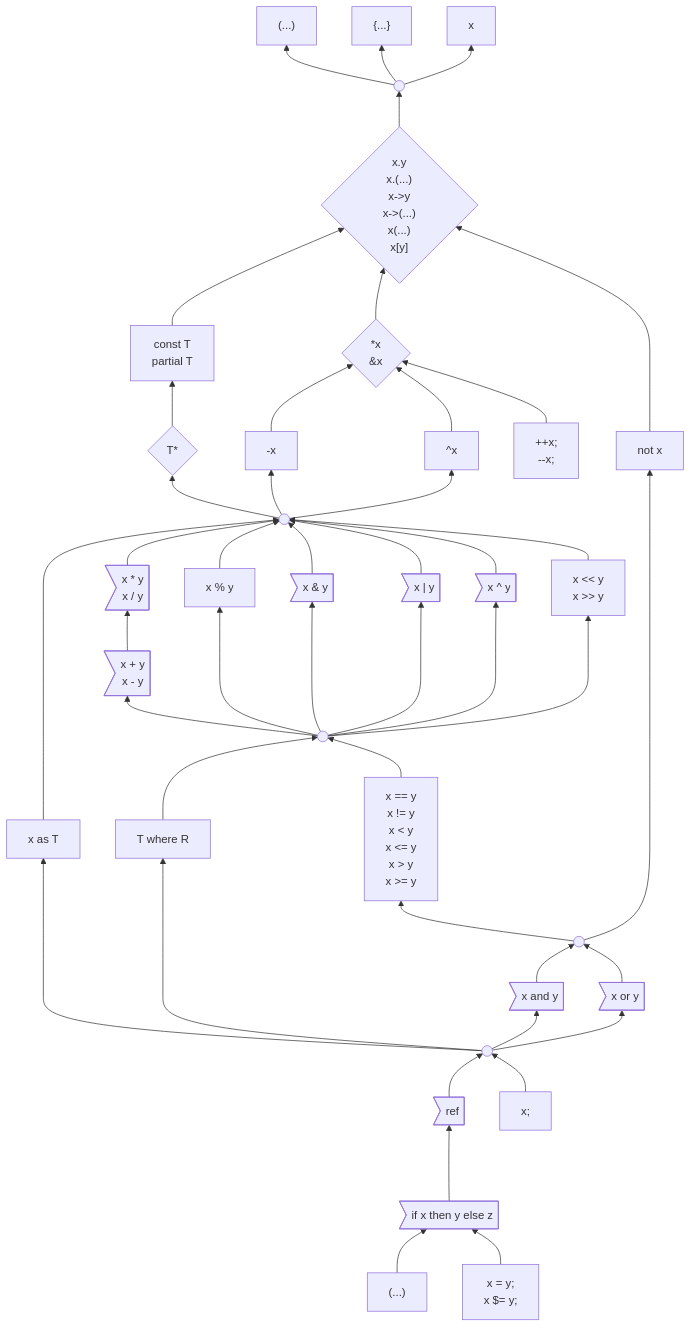
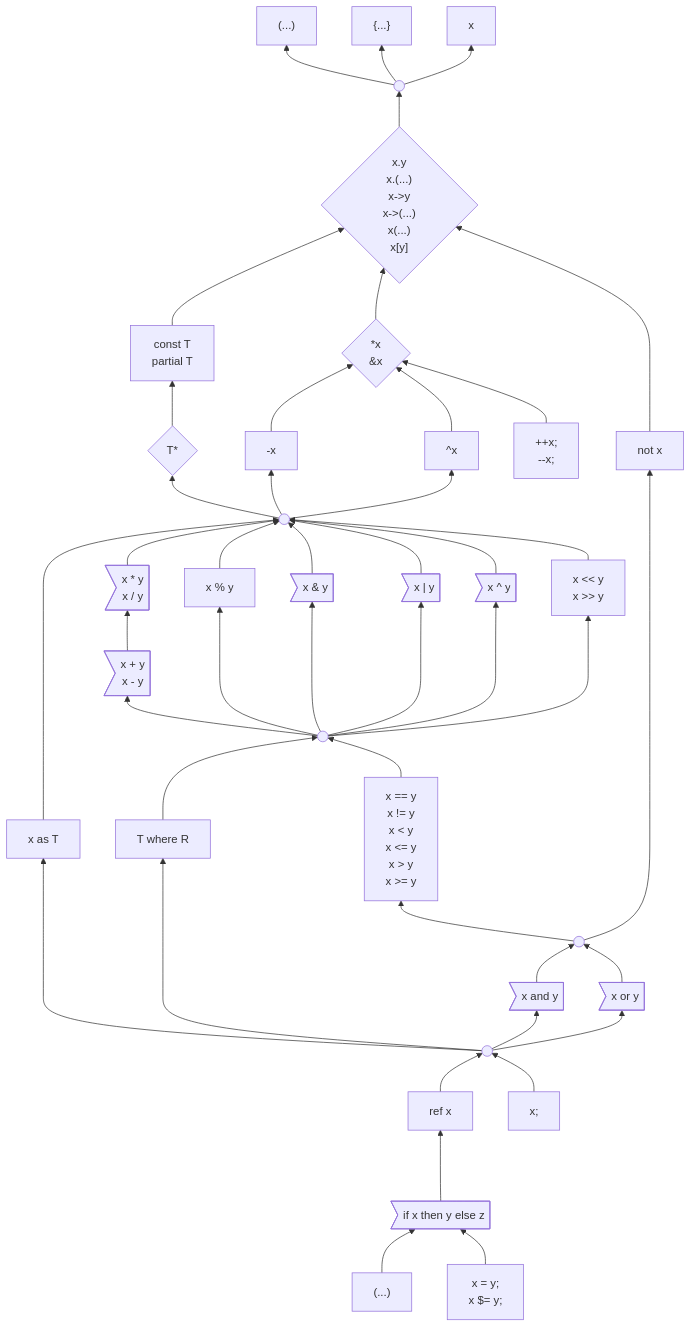
Before and after one commit to carbon-language/carbon-lang: the first of 3 diagrams in docs/design/expressions/README.md, drawn with Mermaid.

Commit message:
Apply suggestions from code review

```diff
--- a/docs/design/expressions/README.md
+++ b/docs/design/expressions/README.md
@@ -145,7 +145,7 @@
 
     logicalExpression((" "))
 
-    ref>"ref"]
+    ref["ref x"]
 
     if>"if x then y else z"]
     click if "https://github.com/carbon-language/carbon-lang/blob/trunk/docs/design/expressions/if.md"
```
